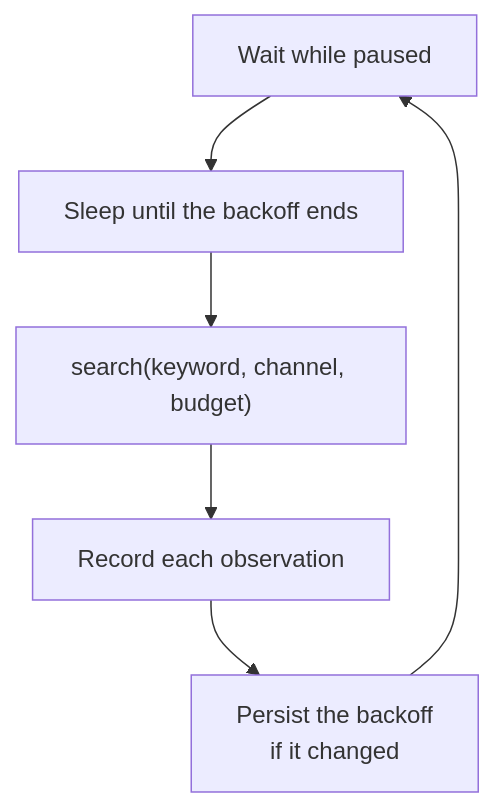
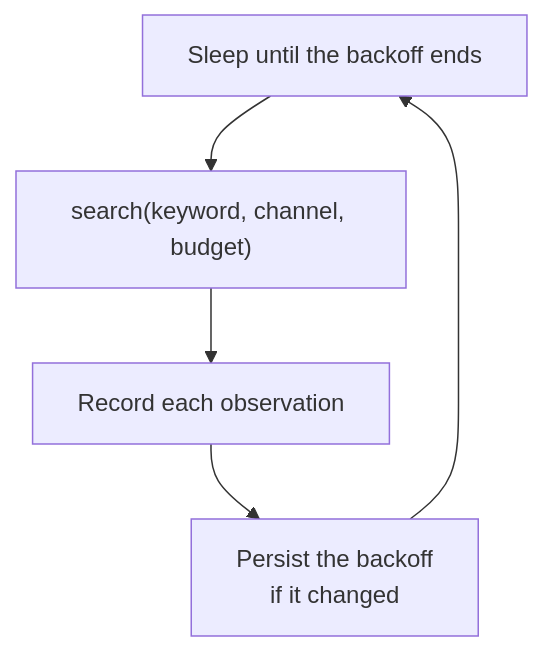
One commit to mission-titar/p2pwatch changed the fifth of 12 diagrams in docs/contributing/architecture.md. Above: the diagram before and after it, drawn with Mermaid. The commit also changed other lines of this file and 2 other files, not shown here.

Commit message:
docs: the crawl pause removed from the operator pages
Claude-Session: https://claude.ai/code/session_01MUuDyae54LXHZxhJXxERDM

````diff
--- a/docs/contributing/architecture.md
+++ b/docs/contributing/architecture.md
@@ -234,10 +234,9 @@
 ```mermaid
 flowchart TD
-  gate["Wait while paused"]
   backoff["Sleep until the backoff ends"]
   search["search(keyword, channel, budget)"]
   record["Record each observation"]
   persist["Persist the backoff<br/>if it changed"]
 
-  gate --> backoff --> search --> record --> persist --> gate
+  backoff --> search --> record --> persist --> backoff
 ```
````
